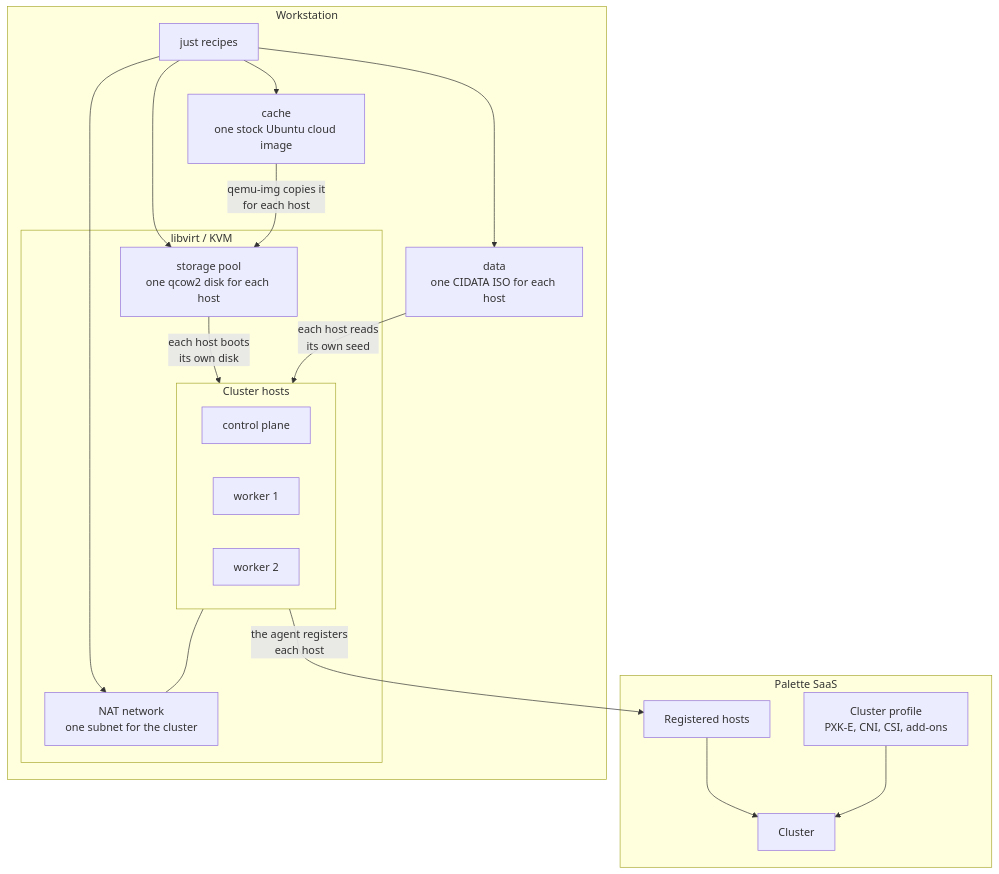
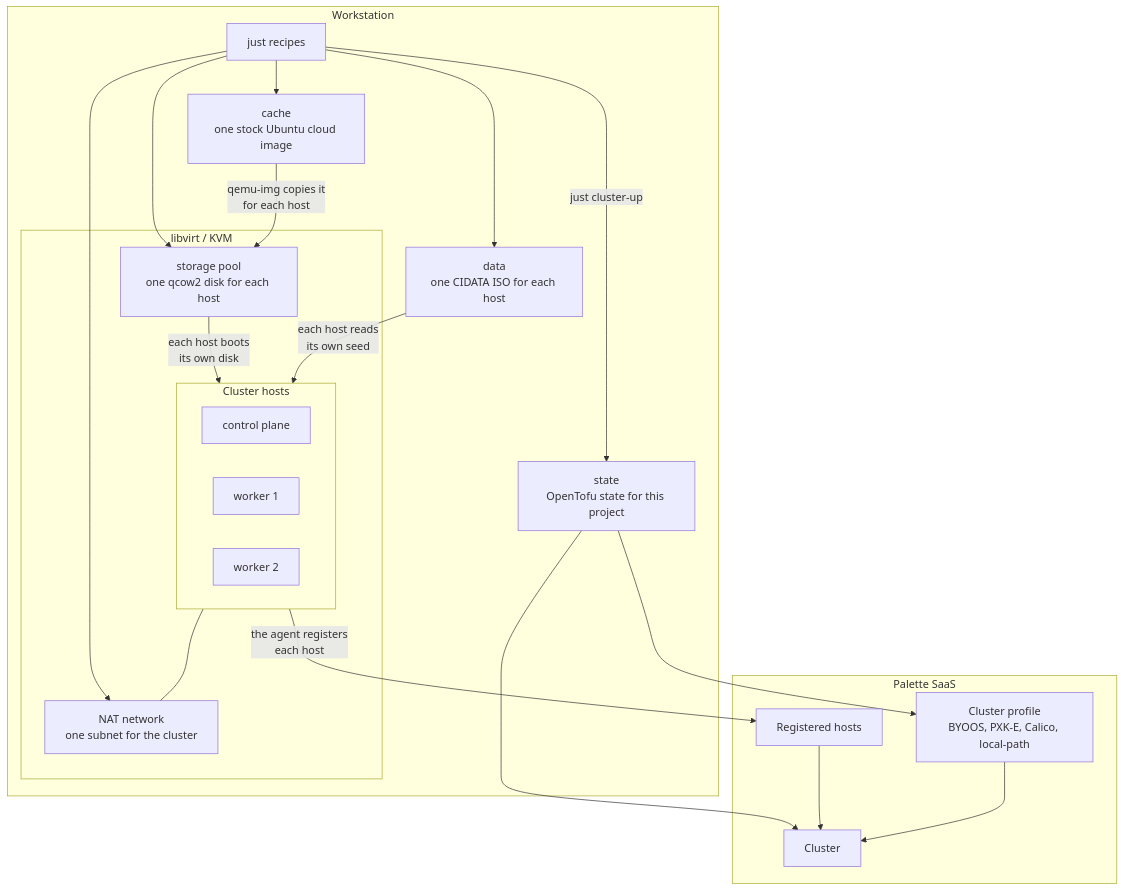
The first of 2 diagrams in docs/src/architecture.md (como-technologies/palette-edge-libvirt), drawn with Mermaid before and after one commit. The commit also changed other lines of this file and 40 other files, not shown here.

First line of the commit message:
Build the cluster layer with OpenTofu

````diff
--- a/docs/src/architecture.md
+++ b/docs/src/architecture.md
@@ -12,35 +12,39 @@
 ```mermaid
 flowchart TB
     subgraph SaaS["Palette SaaS"]
-        PROF["Cluster profile<br/>PXK-E, CNI, CSI, add-ons"]
+        PROF["Cluster profile<br/>BYOOS, PXK-E, Calico, local-path"]
         REG["Registered hosts"]
         CLU["Cluster"]
     end
 
     subgraph WS["Workstation"]
         JUST["just recipes"]
+        TF["state<br/>OpenTofu state for this project"]
         IMG["cache<br/>one stock Ubuntu cloud image"]
         SEED["data<br/>one CIDATA ISO for each host"]
         subgraph LV["libvirt / KVM"]
             NET["NAT network<br/>one subnet for the cluster"]
             POOL["storage pool<br/>one qcow2 disk for each host"]
             subgraph VMS["Cluster hosts"]
                 CP["control plane"]
                 WK1["worker 1"]
                 WK2["worker 2"]
             end
         end
     end
 
     JUST --> IMG
     JUST --> SEED
     JUST --> NET
     JUST --> POOL
     IMG -->|"qemu-img copies it<br/>for each host"| POOL
     POOL -->|"each host boots<br/>its own disk"| VMS
     SEED -->|"each host reads<br/>its own seed"| VMS
     VMS --- NET
     VMS -->|"the agent registers<br/>each host"| REG
+    JUST -->|"just cluster-up"| TF
+    TF --> PROF
+    TF --> CLU
     REG --> CLU
     PROF --> CLU
 ```
````
